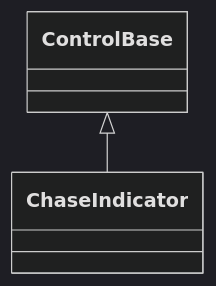
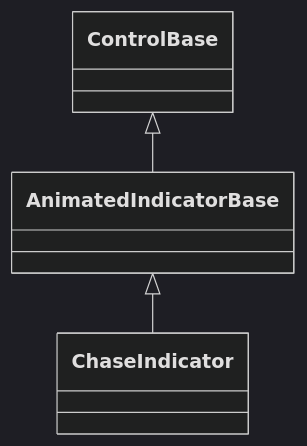
Before and after one commit to pavkam/sharp-vision: the diagram in docs/controls/display/chase-indicator.md, drawn with Mermaid (dark theme). The commit also changed other lines of this file and 27 other files, not shown here.

````diff
--- a/docs/controls/display/chase-indicator.md
+++ b/docs/controls/display/chase-indicator.md
@@ -12,4 +13,5 @@
 ```mermaid
 classDiagram
-    ControlBase <|-- ChaseIndicator
+    ControlBase <|-- AnimatedIndicatorBase
+    AnimatedIndicatorBase <|-- ChaseIndicator
 ```
````
